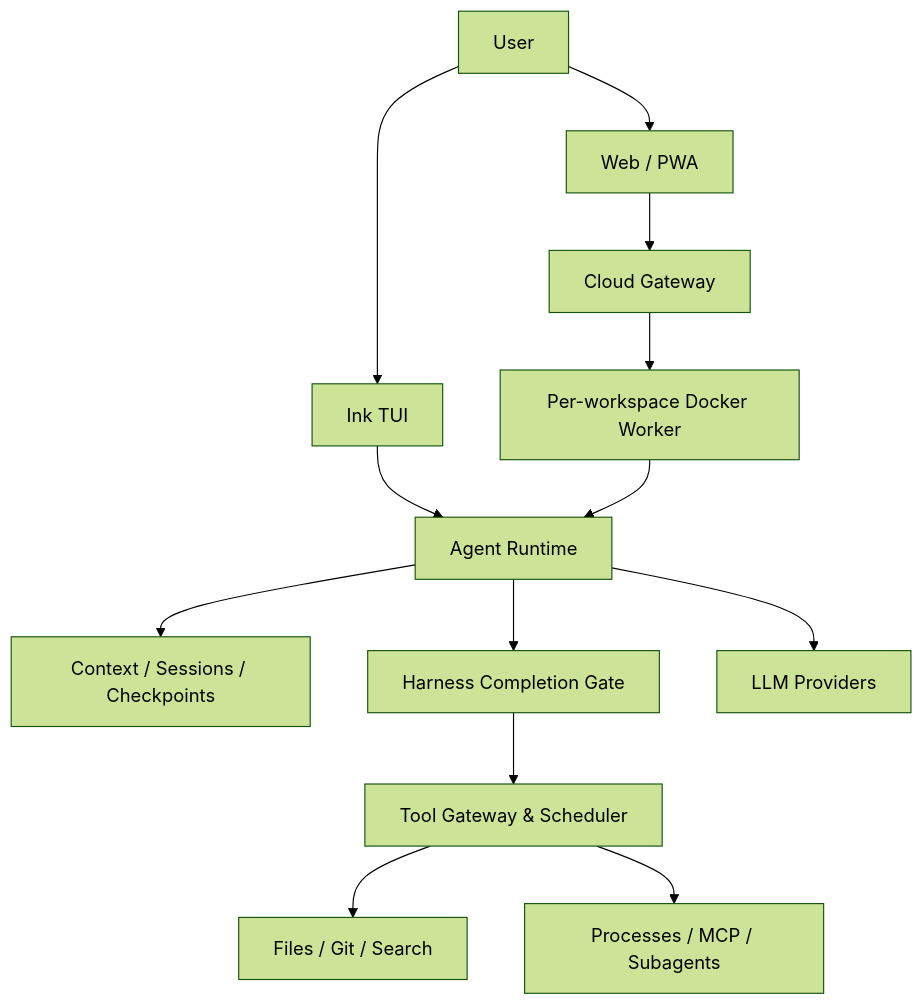
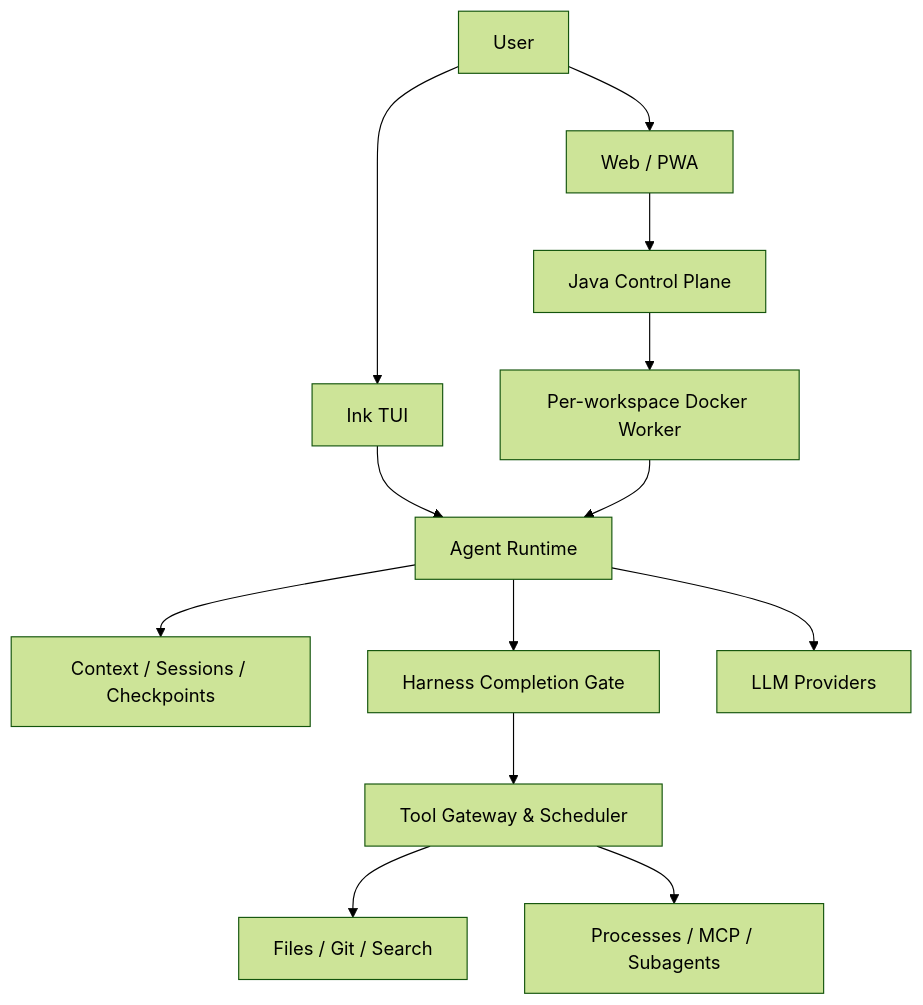
One commit to zzc-101/Kross changed the diagram in README.md. Above: the diagram before and after it, drawn with Mermaid (forest theme). The commit also changed other lines of this file and 47 other files, not shown here.

````diff
--- a/README.md
+++ b/README.md
@@ -185,15 +185,15 @@
 ```mermaid
 flowchart TB
     U["User"] --> T["Ink TUI"]
     U --> W["Web / PWA"]
     T --> R["Agent Runtime"]
-    W --> S["Cloud Gateway"]
+    W --> S["Java Control Plane"]
     S --> D["Per-workspace Docker Worker"]
     D --> R
     R --> C["Context / Sessions / Checkpoints"]
     R --> H["Harness Completion Gate"]
     H --> G["Tool Gateway & Scheduler"]
     R --> M["LLM Providers"]
     G --> F["Files / Git / Search"]
     G --> P["Processes / MCP / Subagents"]
 ```
````
